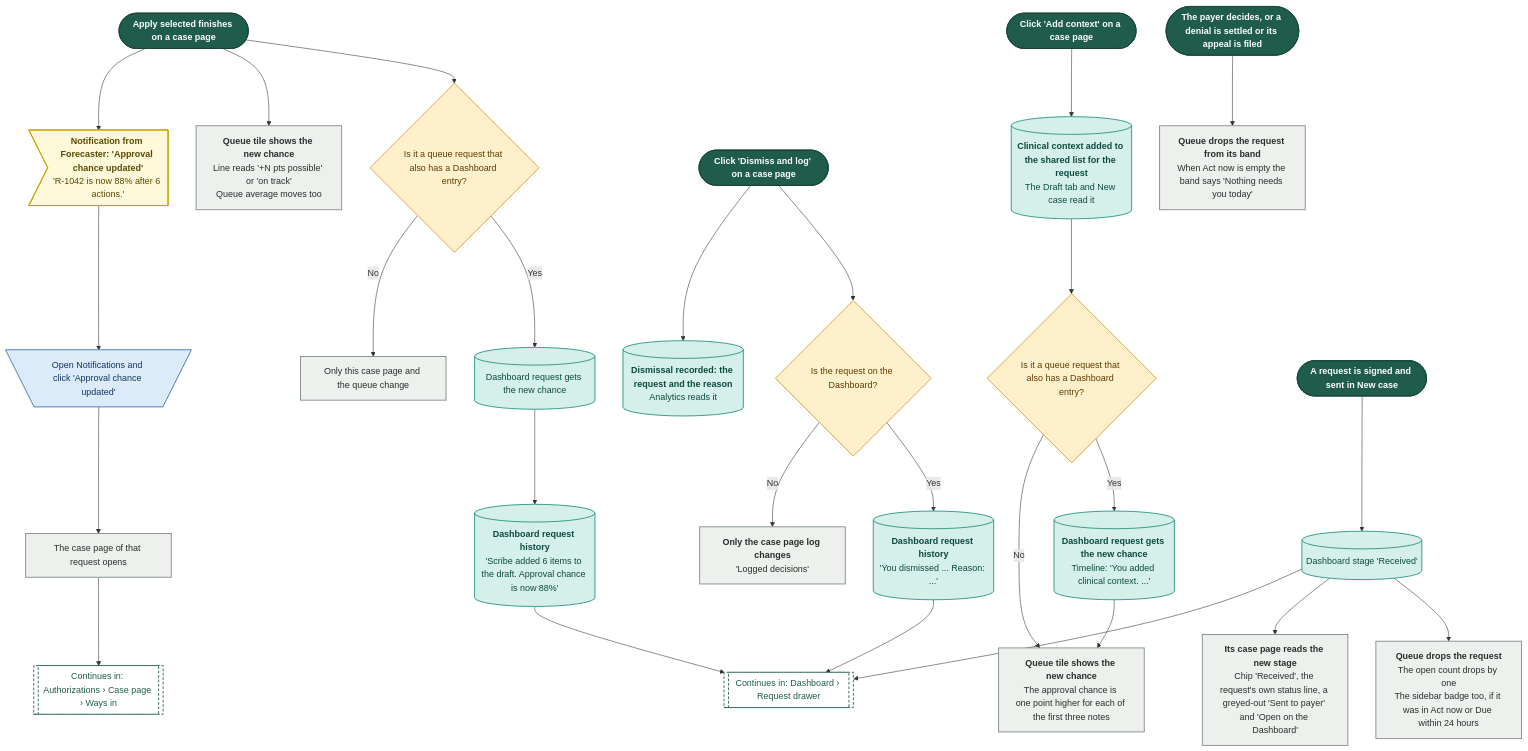
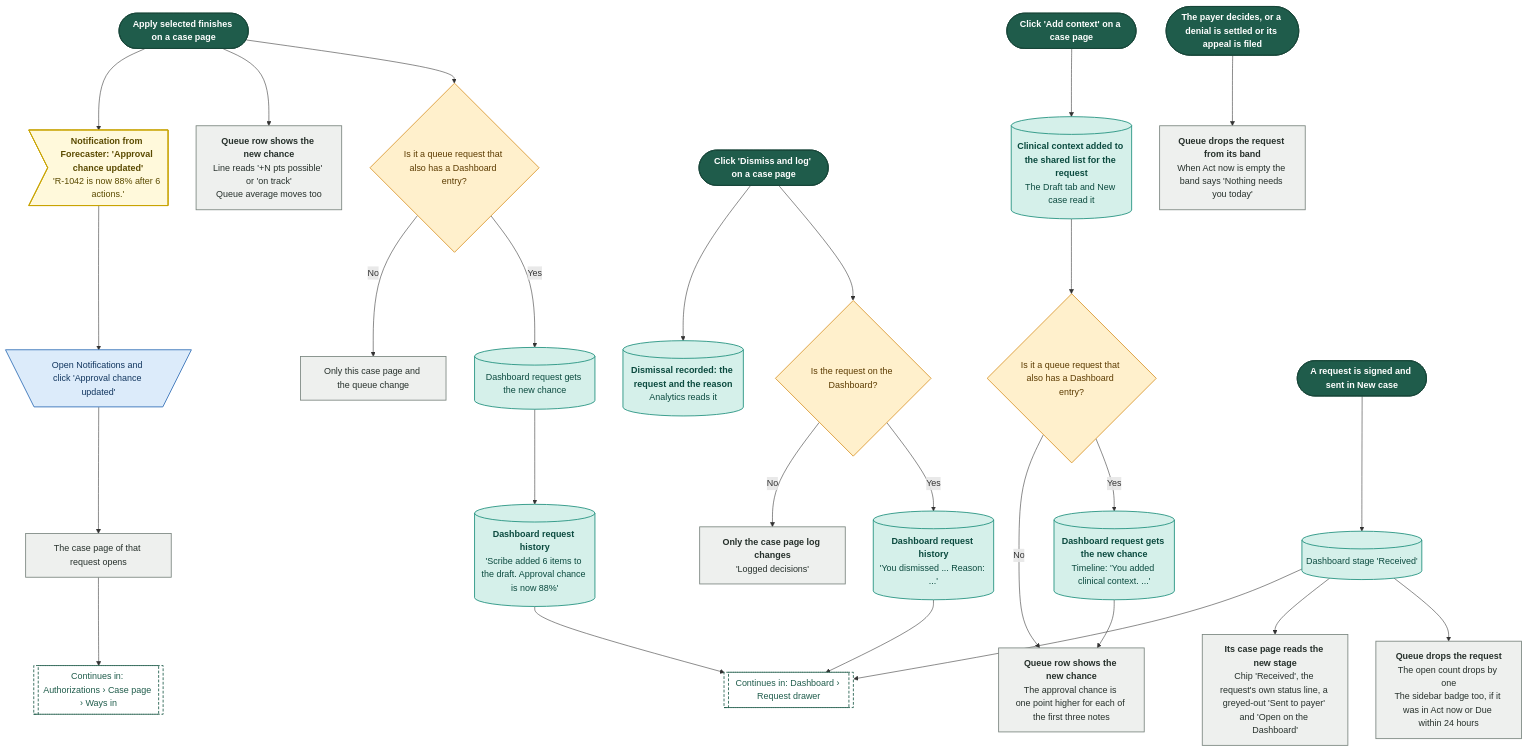
Before and after one commit to Shrav143/psyfloapp: diagram 30 of 30 in demos/prior-auth-demo/workflows/out/md/03-authorizations.md, drawn with Mermaid. The commit also changed other lines of this file and 192 other files, not shown here.

First line of the commit message:
docs: changelog by sidebar tab; README, diagrams and Settings layout aligned with the refinement; shared InfoTip; referral cost-share line

````diff
--- a/demos/prior-auth-demo/workflows/out/md/03-authorizations.md
+++ b/demos/prior-auth-demo/workflows/out/md/03-authorizations.md
@@ -1990,71 +2317,71 @@
 ```mermaid
 %%{init: {"theme":"base","themeVariables":{"fontFamily":"'DM Sans', 'Segoe UI', system-ui, sans-serif","fontSize":"15px","lineColor":"#5B6B63","primaryTextColor":"#1C2B25","clusterBkg":"#FBF8F3","clusterBorder":"#D9CDBB","edgeLabelBackground":"#FFFFFF"},"flowchart":{"curve":"basis","nodeSpacing":36,"rankSpacing":48,"padding":12,"htmlLabels":true,"useMaxWidth":false,"wrappingWidth":230}} }%%
 flowchart TD
   classDef k_start fill:#1F5C4B,stroke:#174638,color:#FFFFFF,stroke-width:1.5px,font-weight:600
   classDef k_end fill:#DDEFE3,stroke:#2E7D4F,color:#14502F,stroke-width:1.5px,font-weight:600
   classDef k_endx fill:#FBE3E0,stroke:#C0392B,color:#7A1F16,stroke-width:1.5px,font-weight:600
   classDef k_screen fill:#FFFDF8,stroke:#1F5C4B,color:#1C2B25,stroke-width:2px
   classDef k_overlay fill:#F1F7F3,stroke:#1F5C4B,color:#1C2B25,stroke-width:2px,stroke-dasharray:5 3
   classDef k_click fill:#DCEBFA,stroke:#2F6DB5,color:#12365F,stroke-width:1.5px
   classDef k_input fill:#E4E7FF,stroke:#4C5FD5,color:#1D2670,stroke-width:1.5px
   classDef k_process fill:#EEF0EE,stroke:#7A857F,color:#26302B,stroke-width:1.5px
   classDef k_agent fill:#EEE5FA,stroke:#7A4FC2,color:#341A63,stroke-width:1.5px
   classDef k_decision fill:#FFF0CC,stroke:#D9962B,color:#5C3B00,stroke-width:1.5px
   classDef k_store fill:#D5F0EA,stroke:#1C8E7B,color:#0B4A3F,stroke-width:1.5px
   classDef k_doc fill:#F6E9DC,stroke:#B07A4C,color:#4A2E14,stroke-width:1.5px
   classDef k_ext fill:#FFE6D2,stroke:#E07B39,color:#6B2F06,stroke-width:1.5px
   classDef k_wait fill:#E4E8EE,stroke:#6B7C93,color:#26303D,stroke-width:1.5px
   classDef k_toast fill:#FFF9DB,stroke:#C9A400,color:#5A4A00,stroke-width:1.5px
   classDef k_goto fill:#FFFFFF,stroke:#1F5C4B,color:#1F5C4B,stroke-width:1.5px,stroke-dasharray:5 3
   s1@{ shape: stadium, label: "Apply selected finishes on a case page" }
   d1@{ shape: diam, label: "Is it a queue request that also has a Dashboard entry?" }
   w1@{ shape: cyl, label: "Dashboard request gets the new chance" }
   w2@{ shape: cyl, label: "<b>Dashboard request history</b><br/>'Scribe added 6 items to the draft. Approval chance is now 88%'" }
   w0@{ shape: rect, label: "Only this case page and the queue change" }
-  q1@{ shape: rect, label: "<b>Queue tile shows the new chance</b><br/>Line reads '+N pts possible' or 'on track'<br/>Queue average moves too" }
+  q1@{ shape: rect, label: "<b>Queue row shows the new chance</b><br/>Line reads '+N pts possible' or 'on track'<br/>Queue average moves too" }
   n1@{ shape: odd, label: "<b>Notification from Forecaster: 'Approval chance updated'</b><br/>'R-1042 is now 88% after 6 actions.'" }
   n2@{ shape: trap-t, label: "Open Notifications and click 'Approval chance updated'" }
   n3@{ shape: rect, label: "The case page of that request opens" }
   g1@{ shape: subproc, label: "Continues in: Authorizations › Case page › Ways in" }
   s2@{ shape: stadium, label: "Click 'Dismiss and log' on a case page" }
   d2@{ shape: diam, label: "Is the request on the Dashboard?" }
   w3@{ shape: cyl, label: "<b>Dashboard request history</b><br/>'You dismissed ... Reason: ...'" }
   w4@{ shape: rect, label: "<b>Only the case page log changes</b><br/>'Logged decisions'" }
   w7@{ shape: cyl, label: "<b>Dismissal recorded: the request and the reason</b><br/>Analytics reads it" }
   s4@{ shape: stadium, label: "Click 'Add context' on a case page" }
   w8@{ shape: cyl, label: "<b>Clinical context added to the shared list for the request</b><br/>The Draft tab and New case read it" }
   d4@{ shape: diam, label: "Is it a queue request that also has a Dashboard entry?" }
   w9@{ shape: cyl, label: "<b>Dashboard request gets the new chance</b><br/>Timeline: 'You added clinical context. ...'" }
-  w10@{ shape: rect, label: "<b>Queue tile shows the new chance</b><br/>The approval chance is one point higher for each of the first three notes" }
+  w10@{ shape: rect, label: "<b>Queue row shows the new chance</b><br/>The approval chance is one point higher for each of the first three notes" }
   s3@{ shape: stadium, label: "A request is signed and sent in New case" }
   w5@{ shape: cyl, label: "Dashboard stage 'Received'" }
   w6@{ shape: rect, label: "<b>Queue drops the request</b><br/>The open count drops by one<br/>The sidebar badge too, if it was in Act now or Due within 24 hours" }
   w11@{ shape: rect, label: "<b>Its case page reads the new stage</b><br/>Chip 'Received', the request's own status line, a greyed-out 'Sent to payer' and 'Open on the Dashboard'" }
   s5@{ shape: stadium, label: "The payer decides, or a denial is settled or its appeal is filed" }
   w12@{ shape: rect, label: "<b>Queue drops the request from its band</b><br/>When Act now is empty the band says 'Nothing needs you today'" }
   g2@{ shape: subproc, label: "Continues in: Dashboard › Request drawer" }
   s1 --> d1
   d1 -->|"Yes"| w1 --> w2
   d1 -->|"No"| w0
   s1 --> q1
   s1 --> n1 --> n2 --> n3 --> g1
   w2 --> g2
   s2 --> d2
   d2 -->|"Yes"| w3 --> g2
   d2 -->|"No"| w4
   s2 --> w7
   s4 --> w8 --> d4
   d4 -->|"Yes"| w9 --> w10
   d4 -->|"No"| w10
   s3 --> w5 --> w6
   w5 --> w11
   w5 --> g2
   s5 --> w12
   class s1,s2,s4,s3,s5 k_start
   class d1,d2,d4 k_decision
   class w1,w2,w3,w7,w8,w9,w5 k_store
   class w0,q1,n3,w4,w10,w6,w11,w12 k_process
   class n1 k_toast
   class n2 k_click
   class g1,g2 k_goto
 ```
````
